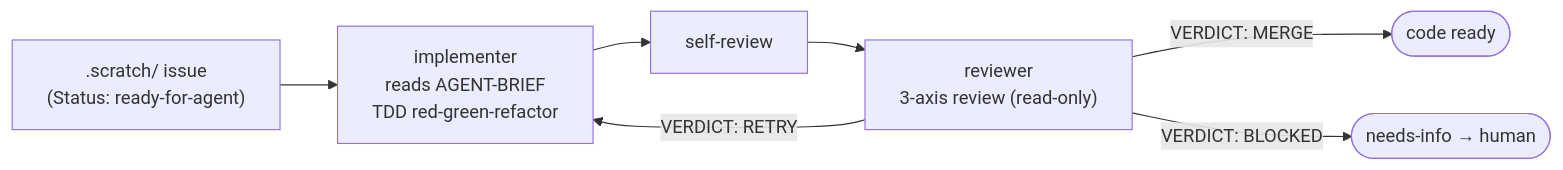
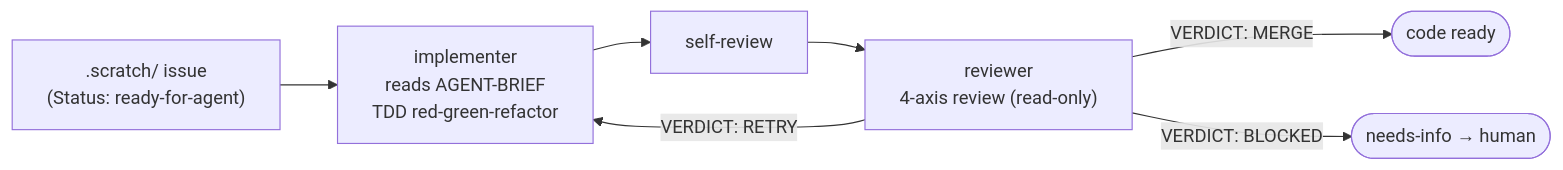
One commit to MatthewYe/opencode-toolbox changed the diagram in README_en.md. Above: the diagram before and after it, drawn with Mermaid. The commit also changed other lines of this file and 3 other files, not shown here.

````diff
--- a/README_en.md
+++ b/README_en.md
@@ -91,9 +91,9 @@
 ```mermaid
 flowchart LR
     I[".scratch/ issue<br/>(Status: ready-for-agent)"] --> IM["implementer<br/>reads AGENT-BRIEF<br/>TDD red-green-refactor"]
     IM --> SR["self-review"]
-    SR --> RV["reviewer<br/>3-axis review (read-only)"]
+    SR --> RV["reviewer<br/>4-axis review (read-only)"]
     RV -->|"VERDICT: MERGE"| DONE(["code ready"])
     RV -->|"VERDICT: RETRY"| IM
     RV -->|"VERDICT: BLOCKED"| HUMAN(["needs-info → human"])
 ```
````
